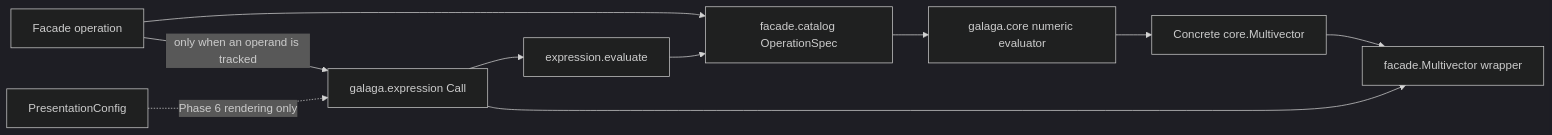
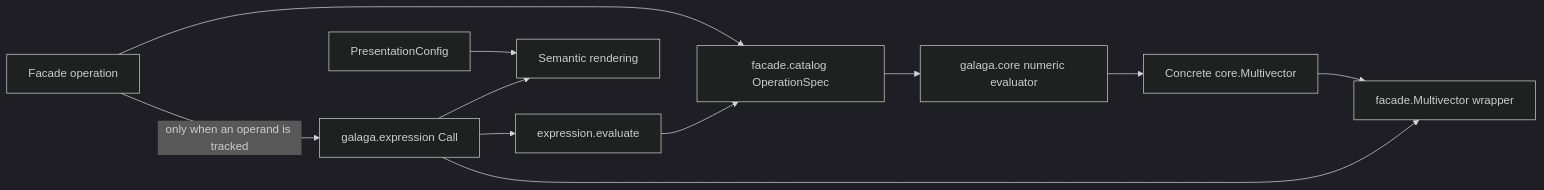
The diagram in docs/v2/expression-provenance.md (edouardp/galaga), drawn with Mermaid (dark theme) before and after one commit. The commit also changed other lines of this file and 29 other files, not shown here.

Commit message:
Build shared semantic rendering pipeline

````diff
--- a/docs/v2/expression-provenance.md
+++ b/docs/v2/expression-provenance.md
@@ -15,12 +16,13 @@
 ```mermaid
 flowchart LR
     U[Facade operation] --> C[facade.catalog OperationSpec]
     C --> N[galaga.core numeric evaluator]
     N --> V[Concrete core.Multivector]
     U -->|only when an operand is tracked| E[galaga.expression Call]
     V --> W[facade.Multivector wrapper]
     E --> W
     E --> X[expression.evaluate]
     X --> C
-    P[PresentationConfig] -. Phase 6 rendering only .-> E
+    P[PresentationConfig] --> R[Semantic rendering]
+    E --> R
 ```
````
